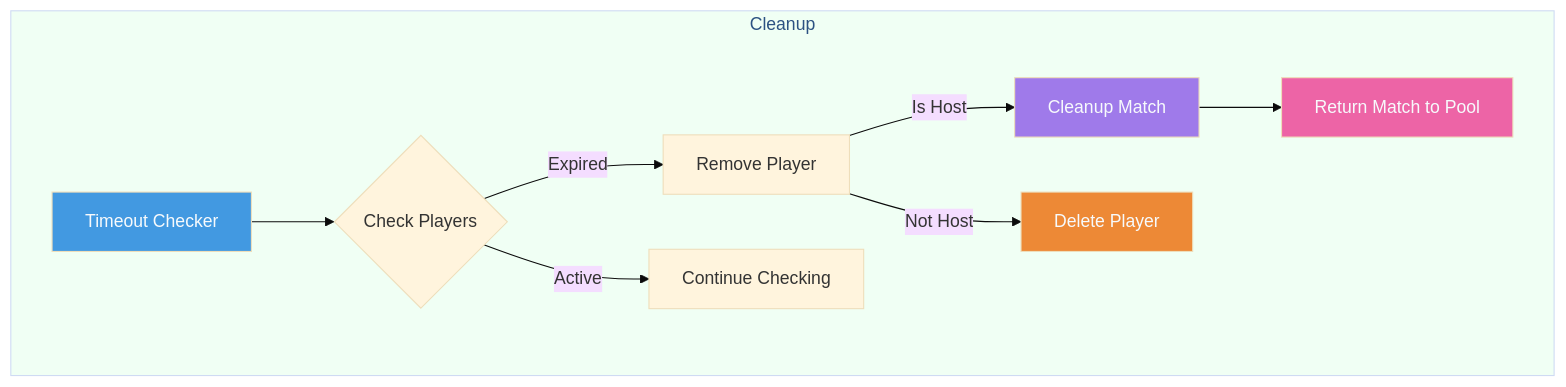
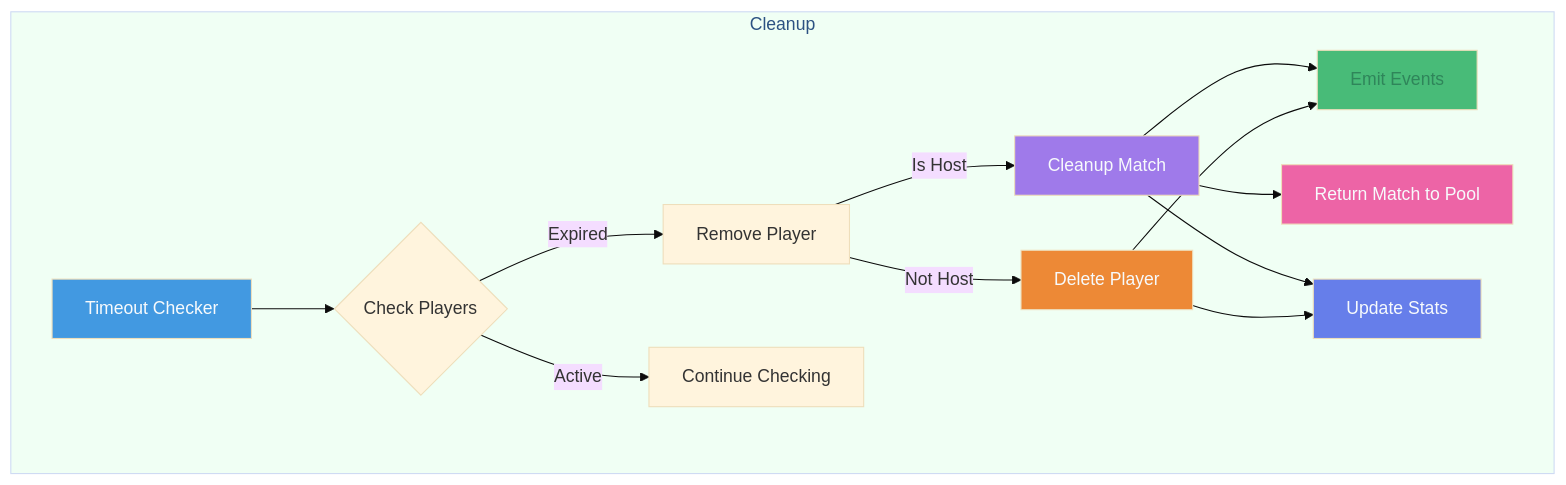
Before and after one commit to alesr/tango: the second of 2 diagrams in README.md, drawn with Mermaid. The commit also changed other lines of this file and 3 other files, not shown here.

Commit message:
Update README to include load testing details and enhance matchmaking flow diagrams; modify .gitignore to include load test reports

````diff
--- a/README.md
+++ b/README.md
@@ -58,18 +71,27 @@
 ```mermaid
 %%{init: {'theme': 'base', 'themeVariables': { 'fontFamily': 'arial', 'fontSize': '16px', 'textColor': '#2A4365' }}}%%
 flowchart TB
     subgraph Cleanup
         Timer[Timeout Checker] --> CheckPlayers{Check Players}
         CheckPlayers -->|Expired| RemovePlayer[Remove Player]
         CheckPlayers -->|Active| Continue[Continue Checking]
+        
         RemovePlayer -->|Is Host| CleanMatch[Cleanup Match]
         RemovePlayer -->|Not Host| DeletePlayer[Delete Player]
+        
+        CleanMatch --> Events[Emit Events]
         CleanMatch --> ReturnMatchPool[Return Match to Pool]
+        CleanMatch --> UpdateStats[Update Stats]
+        
+        DeletePlayer --> Events
+        DeletePlayer --> UpdateStats
     end
 
     style Timer fill:#4299E1,color:#F7FAFC
     style ReturnMatchPool fill:#ED64A6,color:#F7FAFC
     style CleanMatch fill:#9F7AEA,color:#F7FAFC
     style DeletePlayer fill:#ED8936,color:#F7FAFC
+    style Events fill:#48BB78,color:#2F855A
+    style UpdateStats fill:#667EEA,color:#F7FAFC
     style Cleanup fill:#F0FFF4,color:#2C5282
 ```
````
